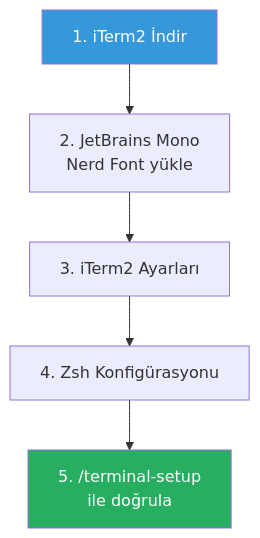
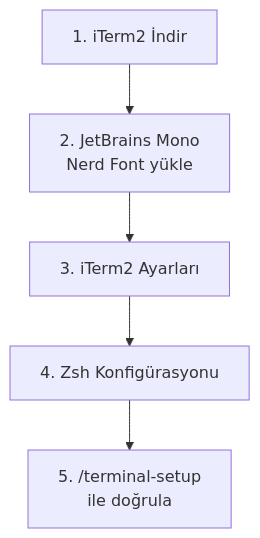
The fourth of 5 diagrams in 17-konfigurasyon/08-terminal-optimizasyonu.md (IzzetYasinAtes/ClaudeCodeHandbook), drawn with Mermaid before and after one commit. The commit also changed other lines of this file and 97 other files, not shown here.

Commit message:
Remove all custom Mermaid style/fill colors from 98 markdown files for consistent dark theme rendering

````diff
--- a/17-konfigurasyon/08-terminal-optimizasyonu.md
+++ b/17-konfigurasyon/08-terminal-optimizasyonu.md
@@ -266,10 +257,8 @@
 ```mermaid
 flowchart TD
     INSTALL["1. iTerm2 İndir"] --> FONT["2. JetBrains Mono<br/>Nerd Font yükle"]
     FONT --> CONFIG["3. iTerm2 Ayarları"]
     CONFIG --> SHELL["4. Zsh Konfigürasyonu"]
     SHELL --> VERIFY["5. /terminal-setup<br/>ile doğrula"]
 
-    style INSTALL fill:#3498DB,color:#fff
-    style VERIFY fill:#27AE60,color:#fff
 ```
````
